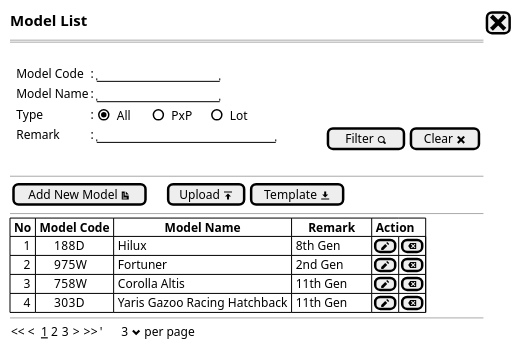
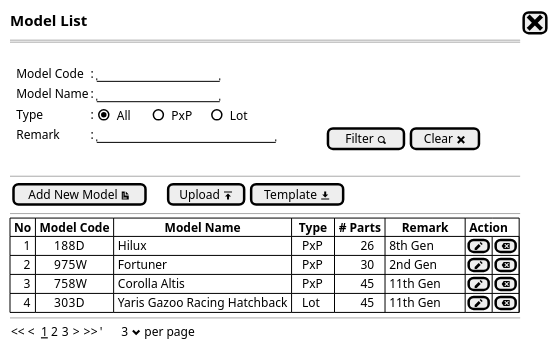
One commit to ari-fikri/packing-cost-mockup changed the diagram in Model/model - newstep0b.puml. Above: the diagram before and after it, drawn with PlantUML. The commit also changed 5 other files, not shown here.

Commit message:
- Add # parts in the Model List table - Add more part sample to the model CRUD

```diff
--- a/Model/model - newstep0b.puml
+++ b/Model/model - newstep0b.puml
@@ -1,31 +1,31 @@
 @startsalt
 {
   <size:15><b>Model List |[<size:25><&x>]|*
   ==
   .
   {
     .|Model Code        |: |"               "|*
     .|Model Name        |: |"               "|*
     .|Type              |: {(X)All      |()PxP     |   ()Lot  }*
     .|Remark            |: |"                      "|              |[Filter <&magnifying-glass>]| [Clear <&x>]|*
   }
   .
   --
   {
   [Add New Model <&document>]|.|.|.|[Upload <&data-transfer-upload>]| [Template <&data-transfer-download>]|* 
   }
   --
   {#
-    | <b>No | <b>Model Code |                <b>Model Name                |<b>     Remark     |<b> Action |*|*|*
-    |    1  |      188D         | Hilux                                   | 8th Gen           |[<&pencil>]|[<&delete>]|*
-    |    2  |      975W         | Fortuner                                | 2nd Gen           |[<&pencil>]|[<&delete>]|*
-    |    3  |      758W         | Corolla Altis                           | 11th Gen          |[<&pencil>]|[<&delete>]|*
-    |    4  |      303D         | Yaris Gazoo Racing Hatchback            | 11th Gen          |[<&pencil>]|[<&delete>]|*    
+    | <b>No | <b>Model Code |                <b>Model Name                |  <b>Type  | <b># Parts |<b>     Remark     |<b> Action |*|*|*
+    |    1  |      188D         | Hilux                                   |   PxP     |        26  | 8th Gen           |[<&pencil>]|[<&delete>]|*
+    |    2  |      975W         | Fortuner                                |   PxP     |        30  | 2nd Gen           |[<&pencil>]|[<&delete>]|*
+    |    3  |      758W         | Corolla Altis                           |   PxP     |        45  | 11th Gen          |[<&pencil>]|[<&delete>]|*
+    |    4  |      303D         | Yaris Gazoo Racing Hatchback            |   Lot     |        45  | 11th Gen          |[<&pencil>]|[<&delete>]|*    
   }
   --
   {
   << <  __1__ 2 3  > >>  |'      3 <&chevron-bottom> per page |*
   }
 
 }
 @endsalt
```
